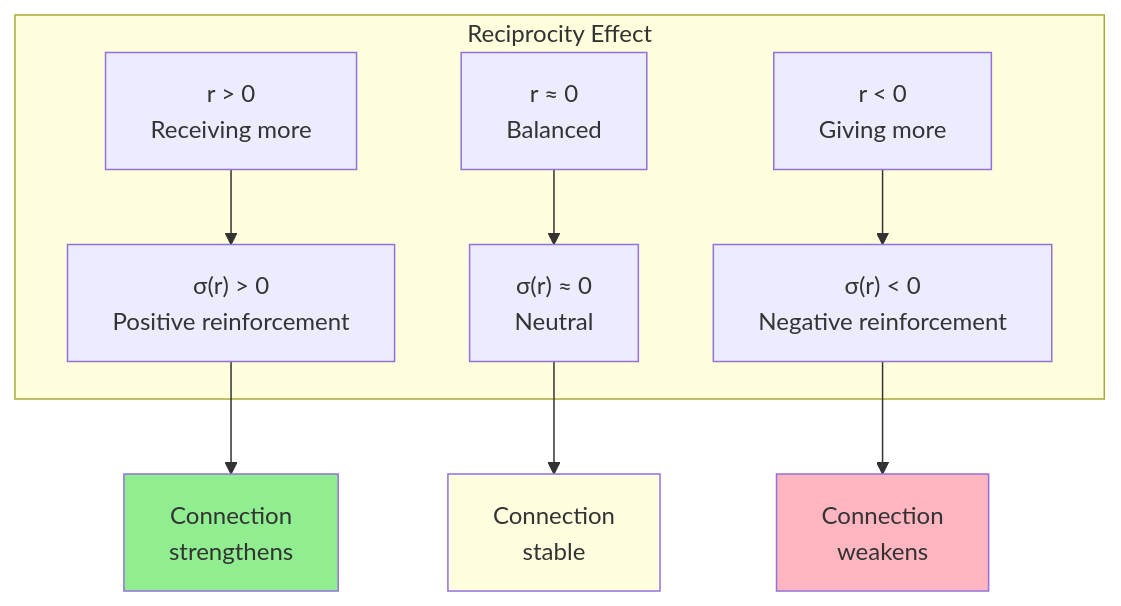
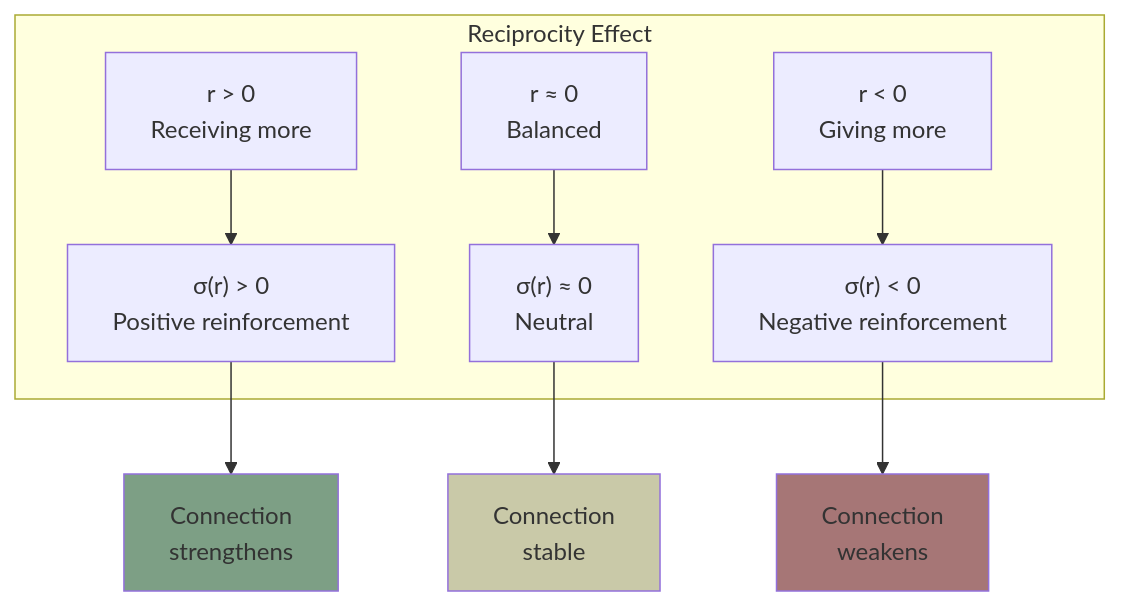
One commit to ScopeCreep-zip/Symbiont changed the sixth of 10 diagrams in docs/concepts/core-principles.md. Above: the diagram before and after it, drawn with Mermaid. The commit also changed other lines of this file and 17 other files, not shown here.

Commit message:
update to diagram colors

````diff
--- a/docs/concepts/core-principles.md
+++ b/docs/concepts/core-principles.md
@@ -243,16 +243,16 @@
 ```mermaid
 graph TB
     subgraph "Reciprocity Effect"
         R1[r > 0<br/>Receiving more] --> S1["σ(r) > 0<br/>Positive reinforcement"]
         R2[r ≈ 0<br/>Balanced] --> S2["σ(r) ≈ 0<br/>Neutral"]
         R3[r < 0<br/>Giving more] --> S3["σ(r) < 0<br/>Negative reinforcement"]
     end
 
     S1 --> W1[Connection<br/>strengthens]
     S2 --> W2[Connection<br/>stable]
     S3 --> W3[Connection<br/>weakens]
 
-    style W1 fill:#90EE90
-    style W2 fill:#FFFFE0
-    style W3 fill:#FFB6C1
+    style W1 fill:#7d9f85
+    style W2 fill:#c9c9a8
+    style W3 fill:#a67676
 ```
````
